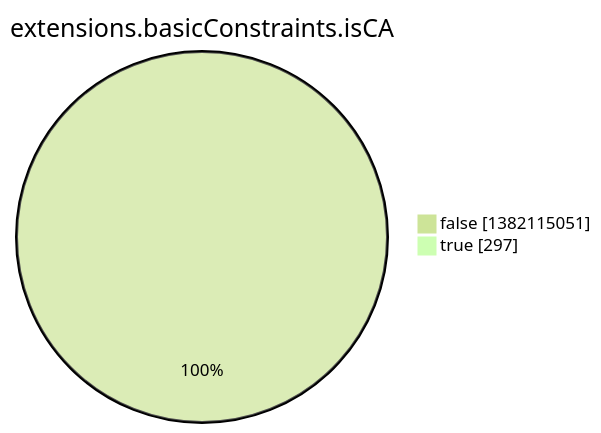
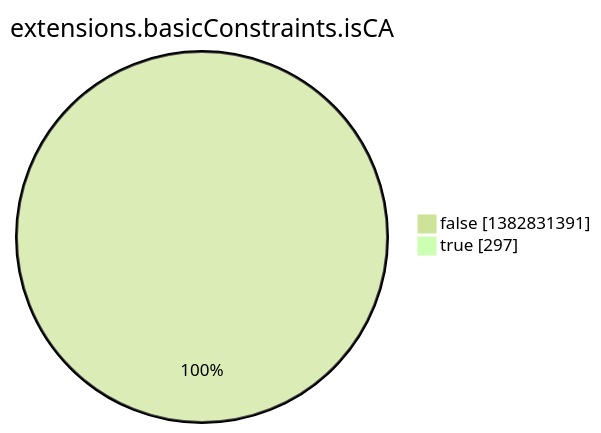
One commit to christiankrug/ctmonitor_visualization changed the eighth of 15 diagrams in argon2022/README.md. Above: the diagram before and after it, drawn with Mermaid (forest theme). The commit also changed other lines of this file, not shown here.

````diff
--- a/argon2022/README.md
+++ b/argon2022/README.md
@@ -2759,6 +2759,6 @@
 ```mermaid
 pie showData
 title extensions.basicConstraints.isCA
-"false" :1382115051
+"false" :1382831391
 "true" :297
 ```
````
